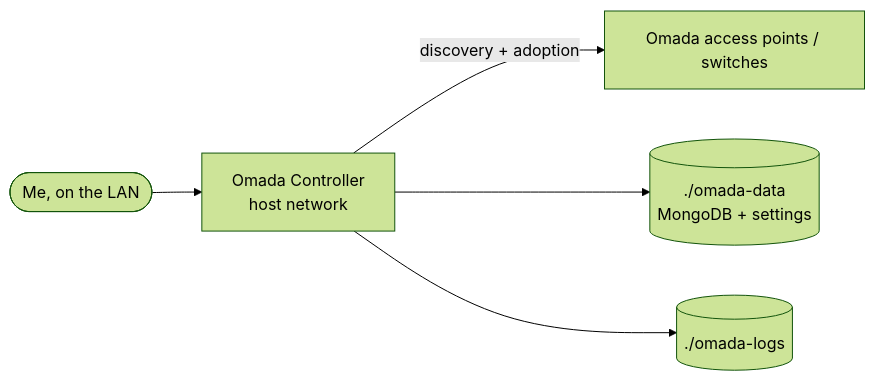
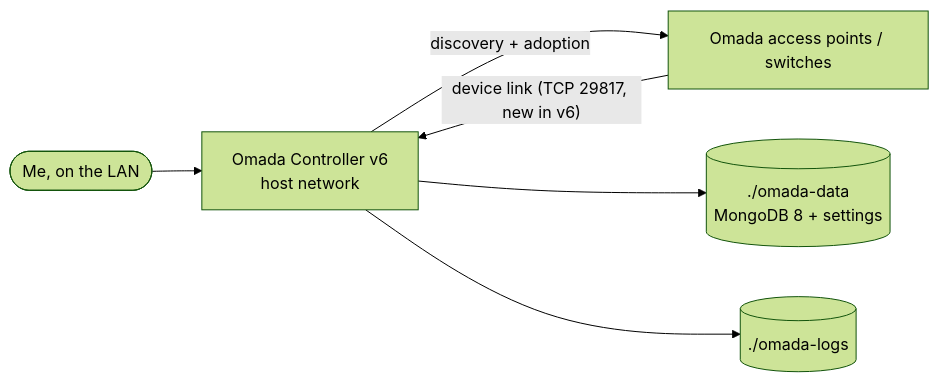
The diagram in docs/services/omada-controller.md (Shineori/homelab), drawn with Mermaid (forest theme) before and after one commit. The commit also changed other lines of this file and 8 other files, not shown here.

First line of the commit message:
Move Omada Controller and Paperless to ShineoriServer; Omada v6.3.0.111, Paperless 3.3.4

````diff
--- a/docs/services/omada-controller.md
+++ b/docs/services/omada-controller.md
@@ -21,7 +23,8 @@
 ```mermaid
 flowchart LR
-    me([Me, on the LAN]) --> ctl[Omada Controller<br/>host network]
+    me([Me, on the LAN]) --> ctl[Omada Controller v6<br/>host network]
     ctl -- discovery + adoption --> gear[Omada access points / switches]
-    ctl --> data[(./omada-data<br/>MongoDB + settings)]
+    gear -- "device link (TCP 29817, new in v6)" --> ctl
+    ctl --> data[(./omada-data<br/>MongoDB 8 + settings)]
     ctl --> logs[(./omada-logs)]
 ```
````
